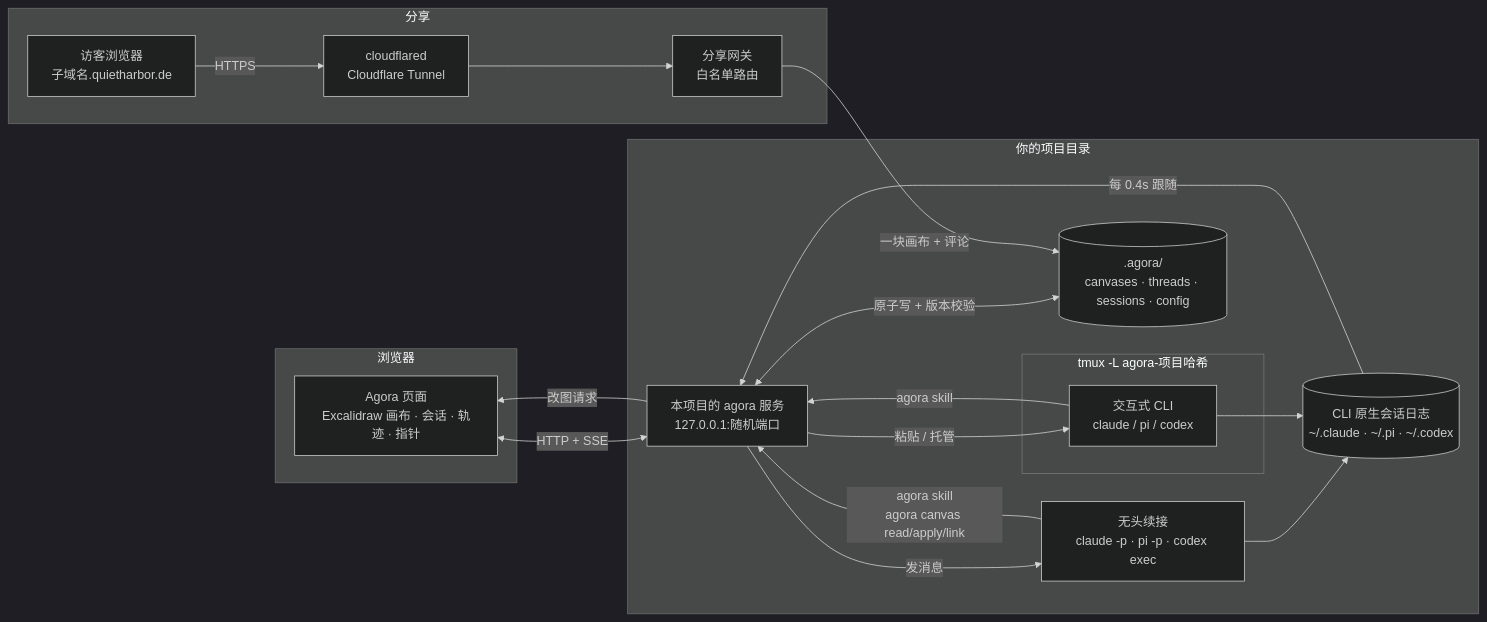
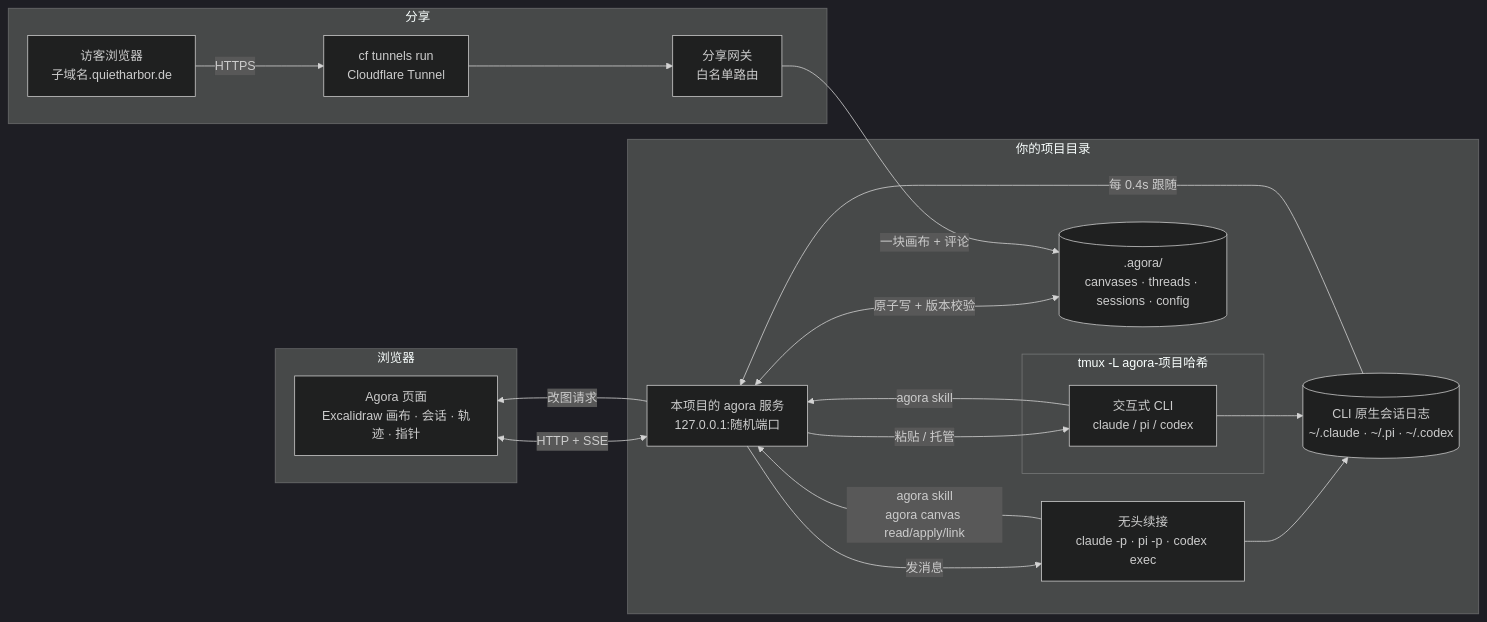
One commit to arvakme/agora changed the diagram in README.md. Above: the diagram before and after it, drawn with Mermaid (dark theme). The commit also changed other lines of this file and 6 other files, not shown here.

````diff
--- a/README.md
+++ b/README.md
@@ -61,32 +61,32 @@
 ```mermaid
 flowchart LR
   subgraph browser [浏览器]
     UI[Agora 页面<br/>Excalidraw 画布 · 会话 · 轨迹 · 指针]
   end
   subgraph project [你的项目目录]
     Server[本项目的 agora 服务<br/>127.0.0.1:随机端口]
     Files[(.agora/<br/>canvases · threads · sessions · config)]
     subgraph tmux [tmux -L agora-项目哈希]
       TUI[交互式 CLI<br/>claude / pi / codex]
     end
     Headless[无头续接<br/>claude -p · pi -p · codex exec]
     Logs[(CLI 原生会话日志<br/>~/.claude · ~/.pi · ~/.codex)]
   end
   subgraph share [分享]
     Guest[访客浏览器<br/>子域名.quietharbor.de]
-    CF[cloudflared<br/>Cloudflare Tunnel]
+    CF[cf tunnels run<br/>Cloudflare Tunnel]
     Gateway[分享网关<br/>白名单路由]
   end
 
   UI <-->|HTTP + SSE| Server
   Server <-->|原子写 + 版本校验| Files
   Server -->|发消息| Headless
   Server -->|粘贴 / 托管| TUI
   Headless -->|agora skill<br/>agora canvas read/apply/link| Server
   TUI -->|agora skill| Server
   Headless --> Logs
   TUI --> Logs
   Logs -->|每 0.4s 跟随| Server
   Server -->|改图请求| UI
   Guest -->|HTTPS| CF --> Gateway -->|一块画布 + 评论| Files
 ```
````
